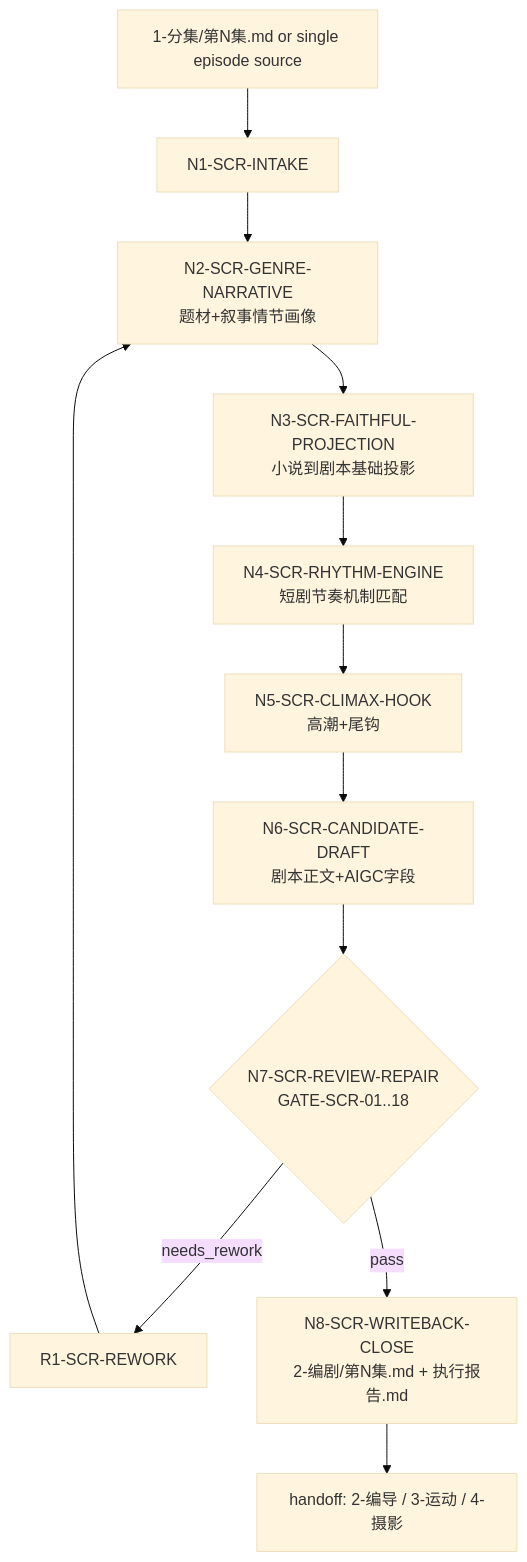
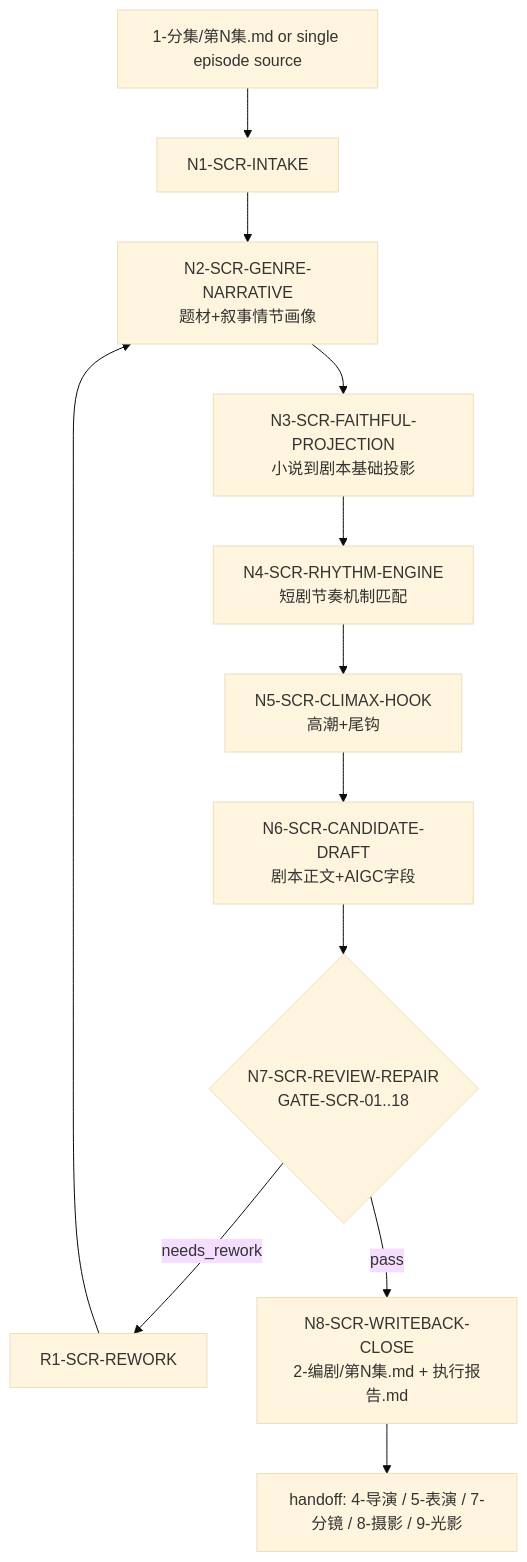
One commit to ZEN-VOID/AI-CUT changed the diagram in .agents/skills/aigc/2-编剧/SKILL.md. Above: the diagram before and after it, drawn with Mermaid (base theme). The commit also changed other lines of this file and 739 other files, not shown here.

````diff
--- a/.agents/skills/aigc/2-编剧/SKILL.md
+++ b/.agents/skills/aigc/2-编剧/SKILL.md
@@ -227,14 +227,14 @@
 ```mermaid
 flowchart TD
     A["1-分集/第N集.md or single episode source"] --> B["N1-SCR-INTAKE"]
     B --> C["N2-SCR-GENRE-NARRATIVE\n题材+叙事情节画像"]
     C --> D["N3-SCR-FAITHFUL-PROJECTION\n小说到剧本基础投影"]
     D --> E["N4-SCR-RHYTHM-ENGINE\n短剧节奏机制匹配"]
     E --> F["N5-SCR-CLIMAX-HOOK\n高潮+尾钩"]
     F --> G["N6-SCR-CANDIDATE-DRAFT\n剧本正文+AIGC字段"]
     G --> H{"N7-SCR-REVIEW-REPAIR\nGATE-SCR-01..18"}
     H -->|"needs_rework"| R["R1-SCR-REWORK"]
     R --> C
     H -->|"pass"| I["N8-SCR-WRITEBACK-CLOSE\n2-编剧/第N集.md + 执行报告.md"]
-    I --> J["handoff: 2-编导 / 3-运动 / 4-摄影"]
+    I --> J["handoff: 4-导演 / 5-表演 / 7-分镜 / 8-摄影 / 9-光影"]
 ```
````
